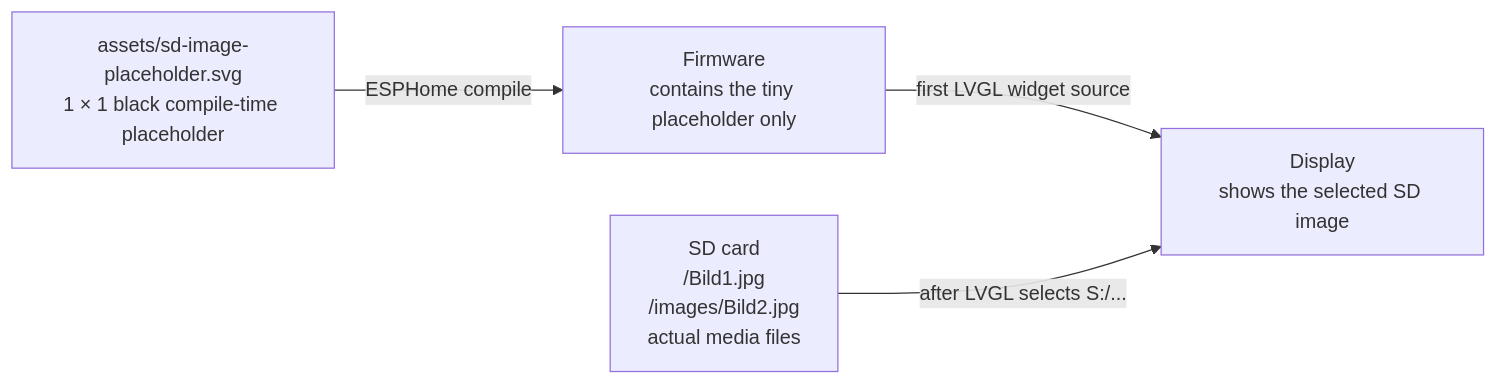
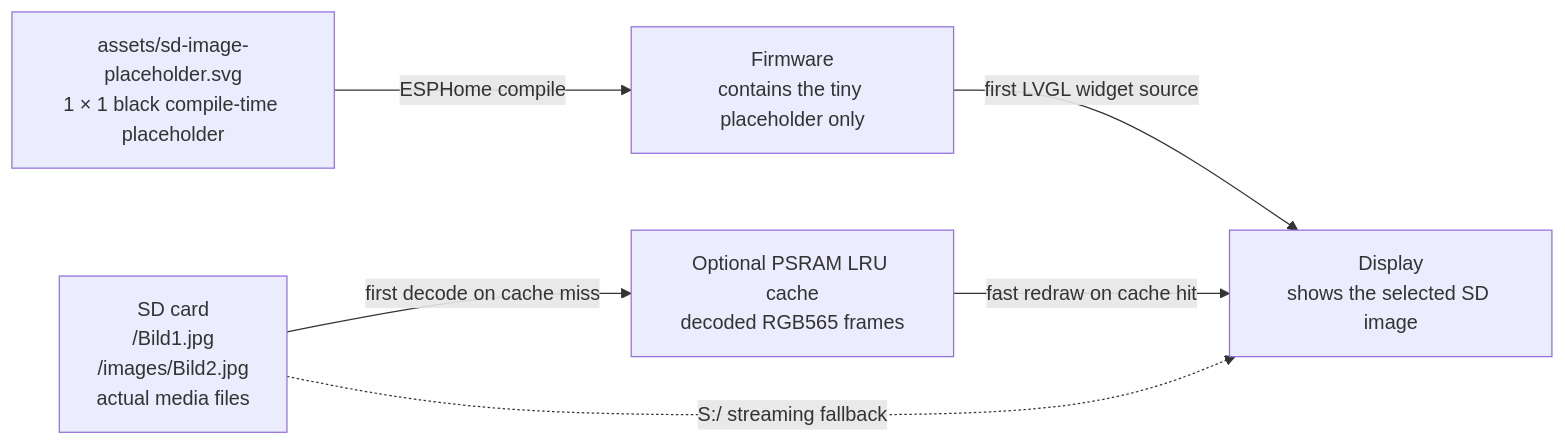
One commit to herrdivad/ESPHomeSDCardServer changed the first of 5 diagrams in docs/DIRECT_SD_IMAGE_WORKFLOW.md. Above: the diagram before and after it, drawn with Mermaid. The commit also changed other lines of this file and 9 other files, not shown here.

Commit message:
using cache and PSRAM to reduce image loading time significant

````diff
--- a/docs/DIRECT_SD_IMAGE_WORKFLOW.md
+++ b/docs/DIRECT_SD_IMAGE_WORKFLOW.md
@@ -29,11 +38,14 @@
 ```mermaid
 flowchart LR
     P["assets/sd-image-placeholder.svg\n1 × 1 black compile-time placeholder"]
     F["Firmware\ncontains the tiny placeholder only"]
     SD["SD card\n/Bild1.jpg\n/images/Bild2.jpg\nactual media files"]
+    C["Optional PSRAM LRU cache\ndecoded RGB565 frames"]
     D["Display\nshows the selected SD image"]
 
     P -->|ESPHome compile| F
     F -->|first LVGL widget source| D
-    SD -->|after LVGL selects S:/...| D
+    SD -->|first decode on cache miss| C
+    C -->|fast redraw on cache hit| D
+    SD -.->|S:/ streaming fallback| D
 ```
````
